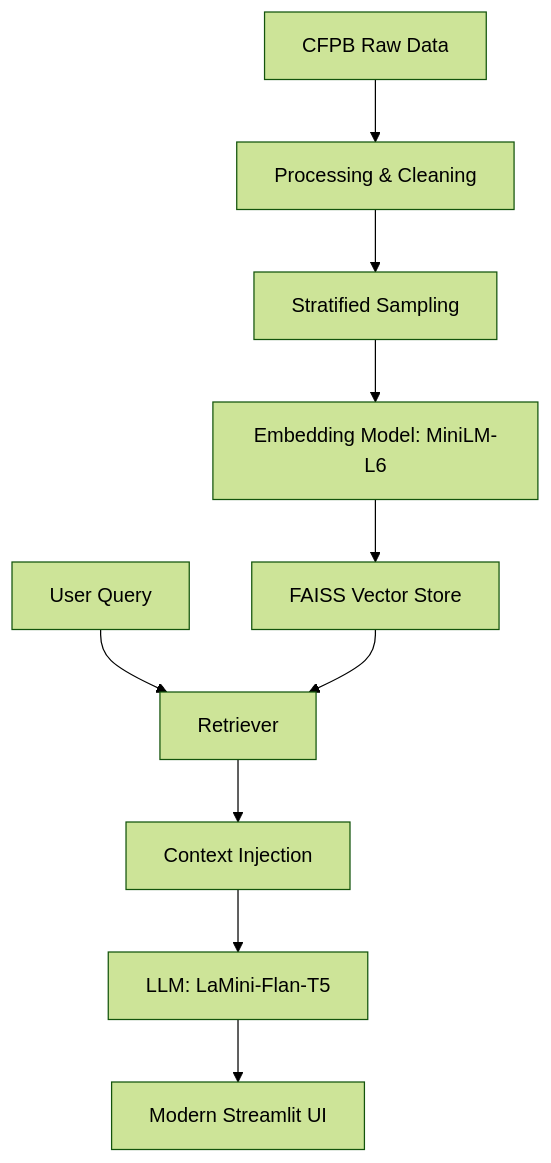
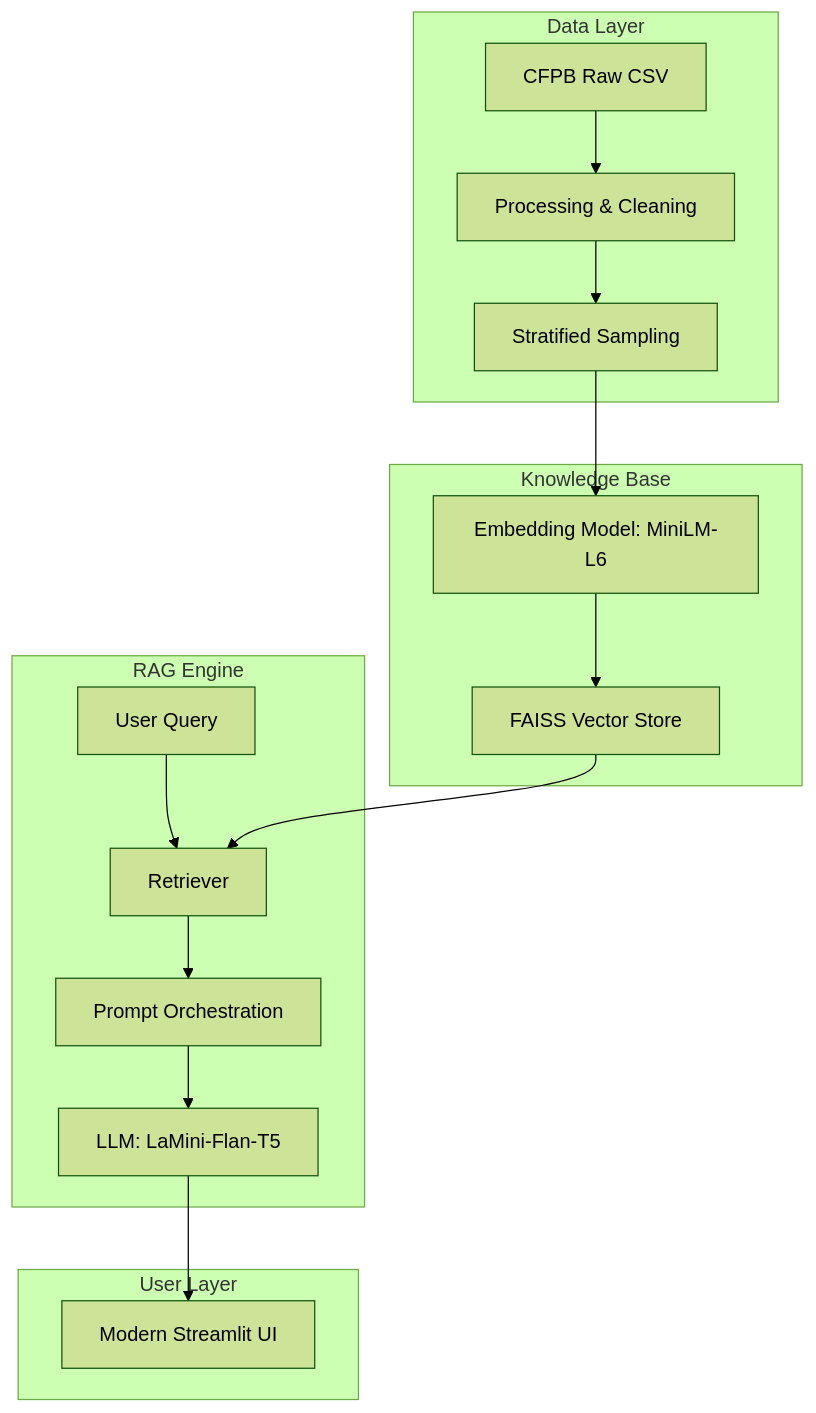
One commit to Leul4ever/rag-complaint-chatbot changed the diagram in README.md. Above: the diagram before and after it, drawn with Mermaid (forest theme). The commit also changed other lines of this file, not shown here.

````diff
--- a/README.md
+++ b/README.md
@@ -16,13 +16,23 @@
 ```mermaid
 graph TD
-    A[CFPB Raw Data] --> B[Processing & Cleaning]
-    B --> C[Stratified Sampling]
-    C --> D[Embedding Model: MiniLM-L6]
-    D --> E[FAISS Vector Store]
+    subgraph "Data Layer"
+        A[CFPB Raw CSV] --> B[Processing & Cleaning]
+        B --> C[Stratified Sampling]
+    end
+
+    subgraph "Knowledge Base"
+        C --> D[Embedding Model: MiniLM-L6]
+        D --> E[FAISS Vector Store]
+    end
     
-    F[User Query] --> G[Retriever]
-    E --> G
-    G --> H[Context Injection]
-    H --> I[LLM: LaMini-Flan-T5]
-    I --> J[Modern Streamlit UI]
+    subgraph "RAG Engine"
+        F[User Query] --> G[Retriever]
+        E --> G
+        G --> H[Prompt Orchestration]
+        H --> I[LLM: LaMini-Flan-T5]
+    end
+
+    subgraph "User Layer"
+        I --> J[Modern Streamlit UI]
+    end
 ```
````
